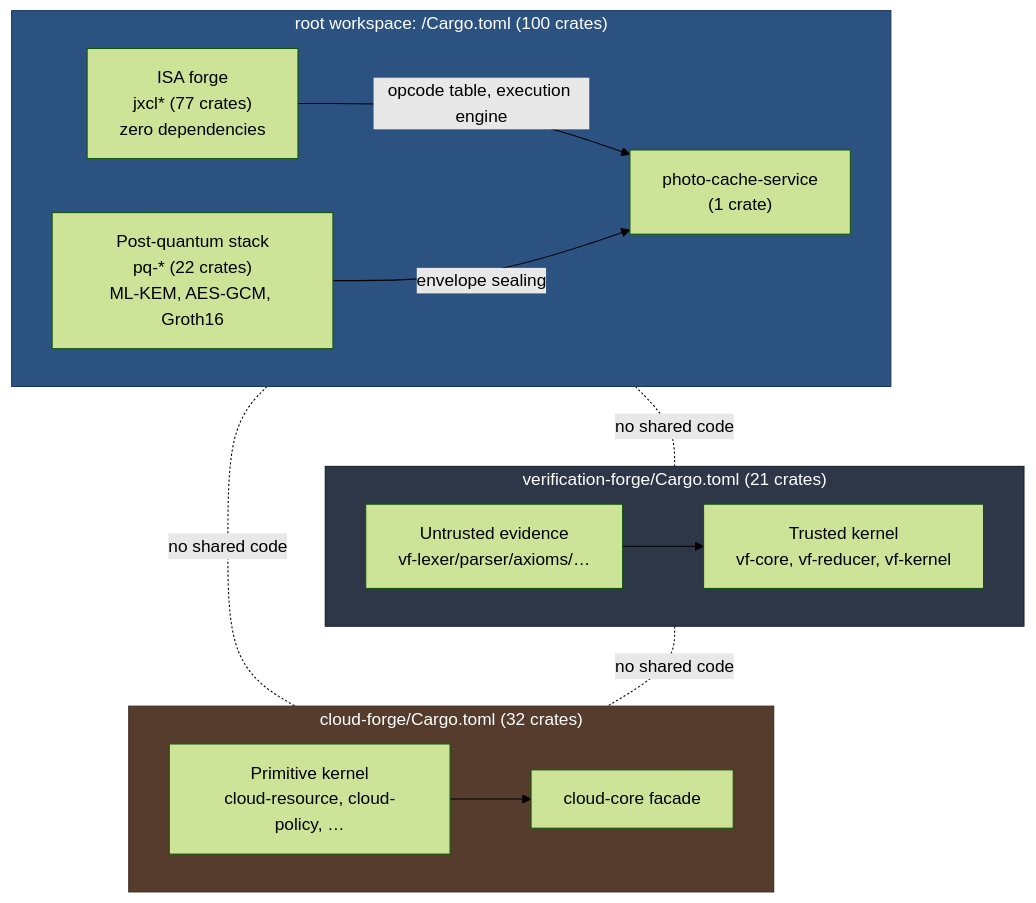
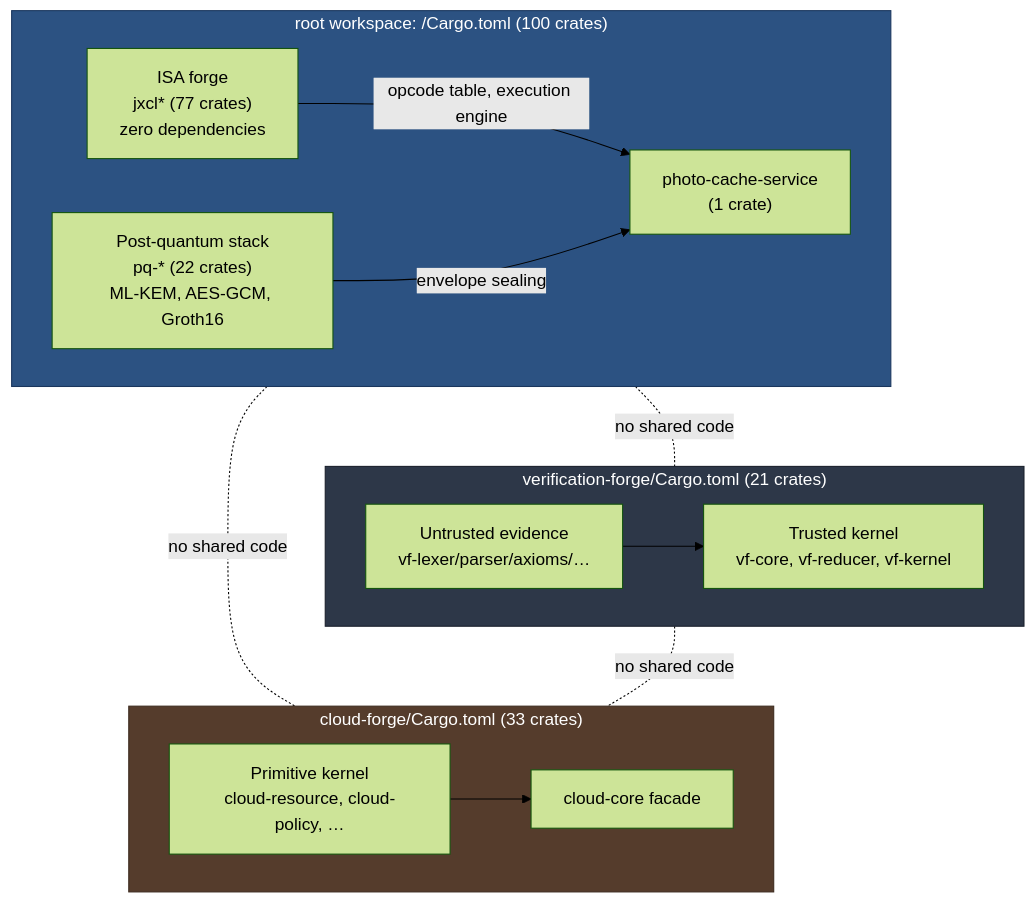
One commit to SNAPKITTYAGENT9NOVA/tlm-jxcl-forge changed the first of 5 diagrams in README.md. Above: the diagram before and after it, drawn with Mermaid (forest theme). The commit also changed other lines of this file and 5 other files, not shown here.

````diff
--- a/README.md
+++ b/README.md
@@ -69,33 +69,33 @@
 ```mermaid
 flowchart TB
     subgraph ROOT["root workspace: /Cargo.toml (100 crates)"]
         direction LR
         isa["ISA forge<br/>jxcl* (77 crates)<br/>zero dependencies"]
         pq["Post-quantum stack<br/>pq-* (22 crates)<br/>ML-KEM, AES-GCM, Groth16"]
         svc["photo-cache-service<br/>(1 crate)"]
         isa -->|opcode table, execution engine| svc
         pq -->|envelope sealing| svc
     end
 
     subgraph VF["verification-forge/Cargo.toml (21 crates)"]
         direction LR
         vfk["Trusted kernel<br/>vf-core, vf-reducer, vf-kernel"]
         vfe["Untrusted evidence<br/>vf-lexer/parser/axioms/…"]
         vfe --> vfk
     end
 
-    subgraph CF["cloud-forge/Cargo.toml (32 crates)"]
+    subgraph CF["cloud-forge/Cargo.toml (33 crates)"]
         direction LR
         cfk["Primitive kernel<br/>cloud-resource, cloud-policy, …"]
         cfc["cloud-core facade"]
         cfk --> cfc
     end
 
     ROOT -.no shared code.- VF
     ROOT -.no shared code.- CF
     VF -.no shared code.- CF
 
     style ROOT fill:#2c5282,color:#fff,stroke:#1a365d
     style VF fill:#2d3748,color:#fff,stroke:#1a202c
     style CF fill:#553c2c,color:#fff,stroke:#3d2b1f
 ```
````
